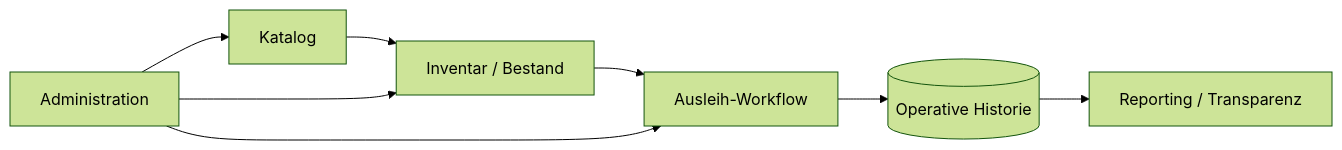
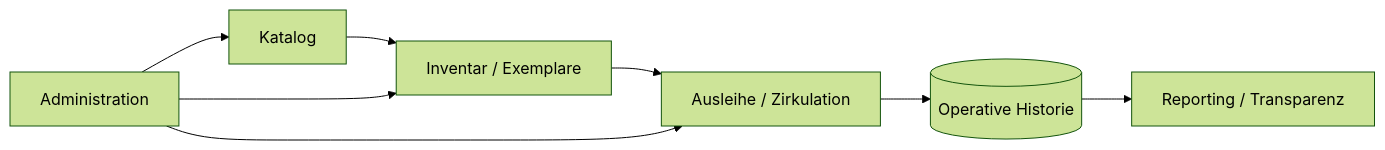
Before and after one commit to tahakubilay/library-management-system: the diagram in README.de.md, drawn with Mermaid (forest theme). The commit also changed other lines of this file, not shown here.

````diff
--- a/README.de.md
+++ b/README.de.md
@@ -62,10 +28,10 @@
 ```mermaid
 flowchart LR
-    CATALOG[Katalog] --> STOCK[Inventar / Bestand]
-    STOCK --> CIRC[Ausleih-Workflow]
+    CATALOG[Katalog] --> STOCK[Inventar / Exemplare]
+    STOCK --> CIRC[Ausleihe / Zirkulation]
     CIRC --> HISTORY[(Operative Historie)]
     HISTORY --> REPORT[Reporting / Transparenz]
     ADMIN[Administration] --> CATALOG
     ADMIN --> STOCK
     ADMIN --> CIRC
 ```
````
